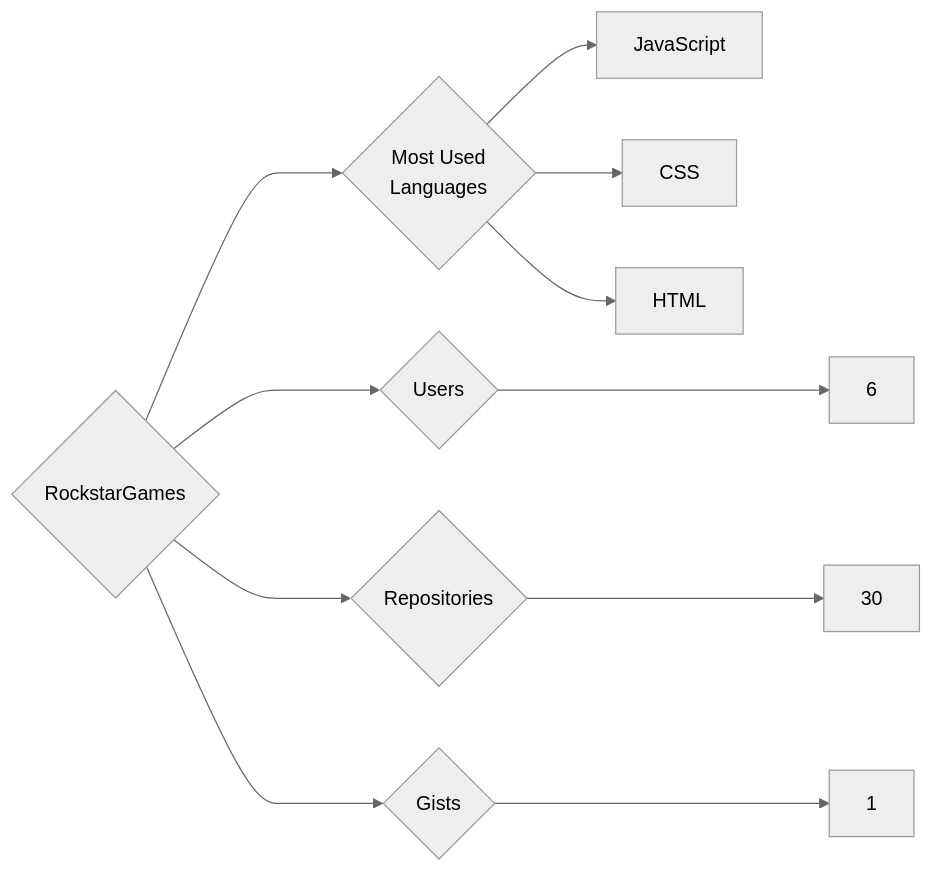
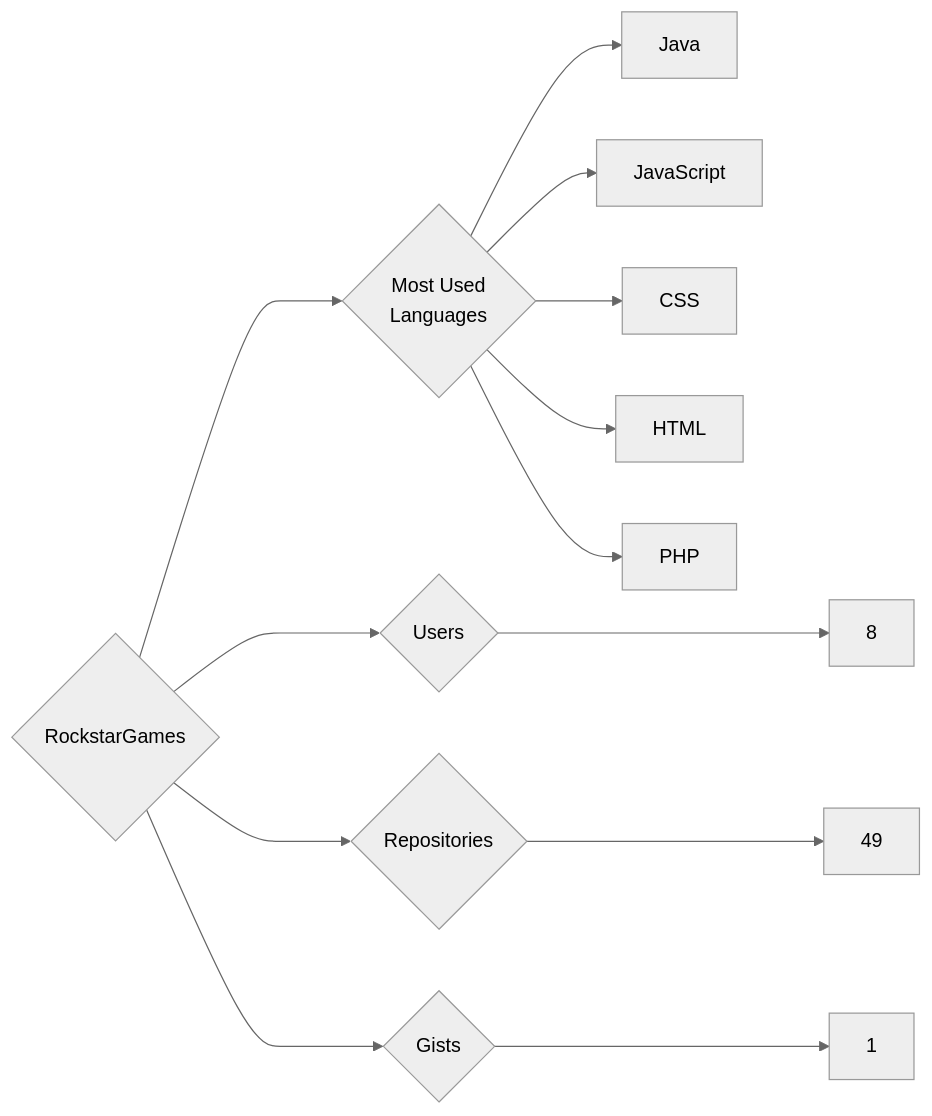
The diagram in targets/RockstarGames/README.md (trickest/insiders), drawn with Mermaid (neutral theme) before and after one commit. The commit also changed 1484 other files, not shown here.

````diff
--- a/targets/RockstarGames/README.md
+++ b/targets/RockstarGames/README.md
@@ -3,11 +3,13 @@
 ```mermaid
 graph LR
 COMPANY_NAME{RockstarGames}
-COMPANY_NAME ---> U{Users} ---> UN[6]
-COMPANY_NAME ---> R{Repositories} ---> RN[30]
+COMPANY_NAME ---> U{Users} ---> UN[8]
+COMPANY_NAME ---> R{Repositories} ---> RN[49]
 COMPANY_NAME ---> G{Gists} ---> GN[1]
 COMPANY_NAME ---> ML{Most Used<br>Languages}
+ML --> Java[Java]
 ML --> JavaScript[JavaScript]
 ML --> CSS[CSS]
 ML --> HTML[HTML]
+ML --> PHP[PHP]
 ```
````
